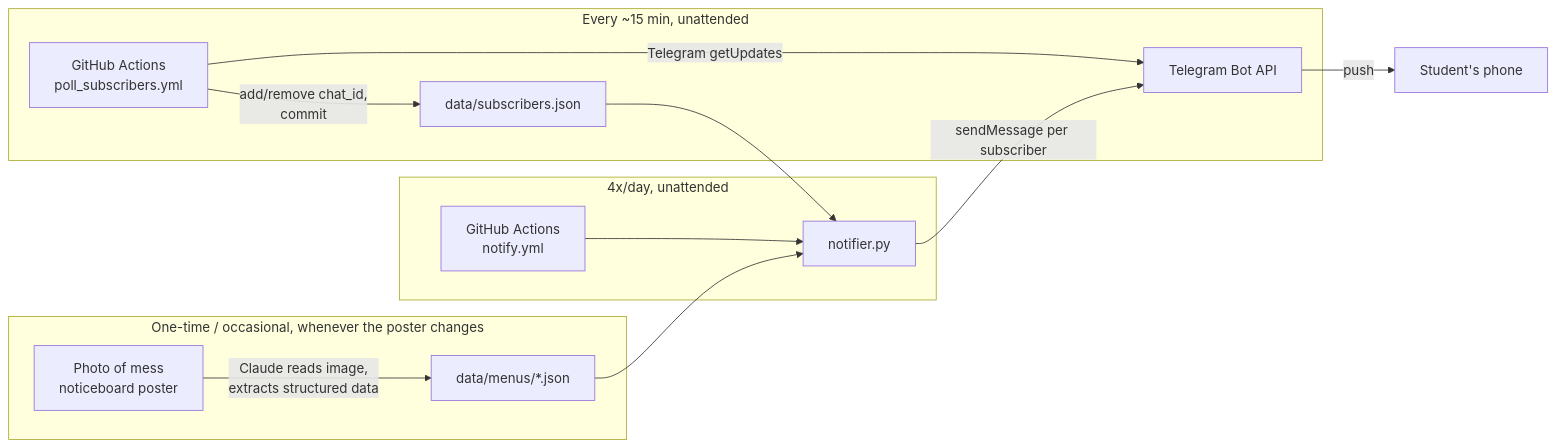
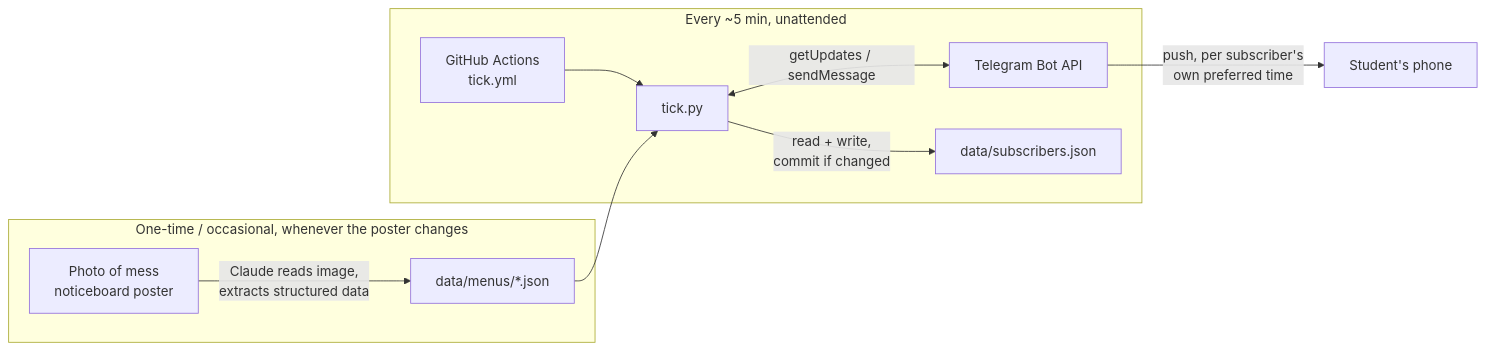
The diagram in ARCHITECTURE.md (eklavyamathur9/NotiMess), drawn with Mermaid before and after one commit. The commit also changed other lines of this file and 10 other files, not shown here.

First line of the commit message:
Add per-subscriber notification time (/settime, /mytimes, /reset)

````diff
--- a/ARCHITECTURE.md
+++ b/ARCHITECTURE.md
@@ -9,20 +9,15 @@
 ```mermaid
 flowchart LR
     subgraph "One-time / occasional, whenever the poster changes"
         A[Photo of mess<br/>noticeboard poster] -->|Claude reads image,<br/>extracts structured data| B[data/menus/*.json]
     end
 
-    subgraph "Every ~15 min, unattended"
-        P[GitHub Actions<br/>poll_subscribers.yml] -->|Telegram getUpdates| TG[Telegram Bot API]
-        P -->|add/remove chat_id,<br/>commit| S[data/subscribers.json]
+    subgraph "Every ~5 min, unattended"
+        C[GitHub Actions<br/>tick.yml] --> D[tick.py]
+        B --> D
+        D <-->|getUpdates / sendMessage| TG[Telegram Bot API]
+        D -->|read + write,<br/>commit if changed| S[data/subscribers.json]
     end
 
-    subgraph "4x/day, unattended"
-        C[GitHub Actions<br/>notify.yml] --> D[notifier.py]
-        B --> D
-        S --> D
-        D -->|sendMessage per subscriber| TG
-    end
-
-    TG -->|push| U[Student's phone]
+    TG -->|push, per subscriber's<br/>own preferred time| U[Student's phone]
 ```
````
